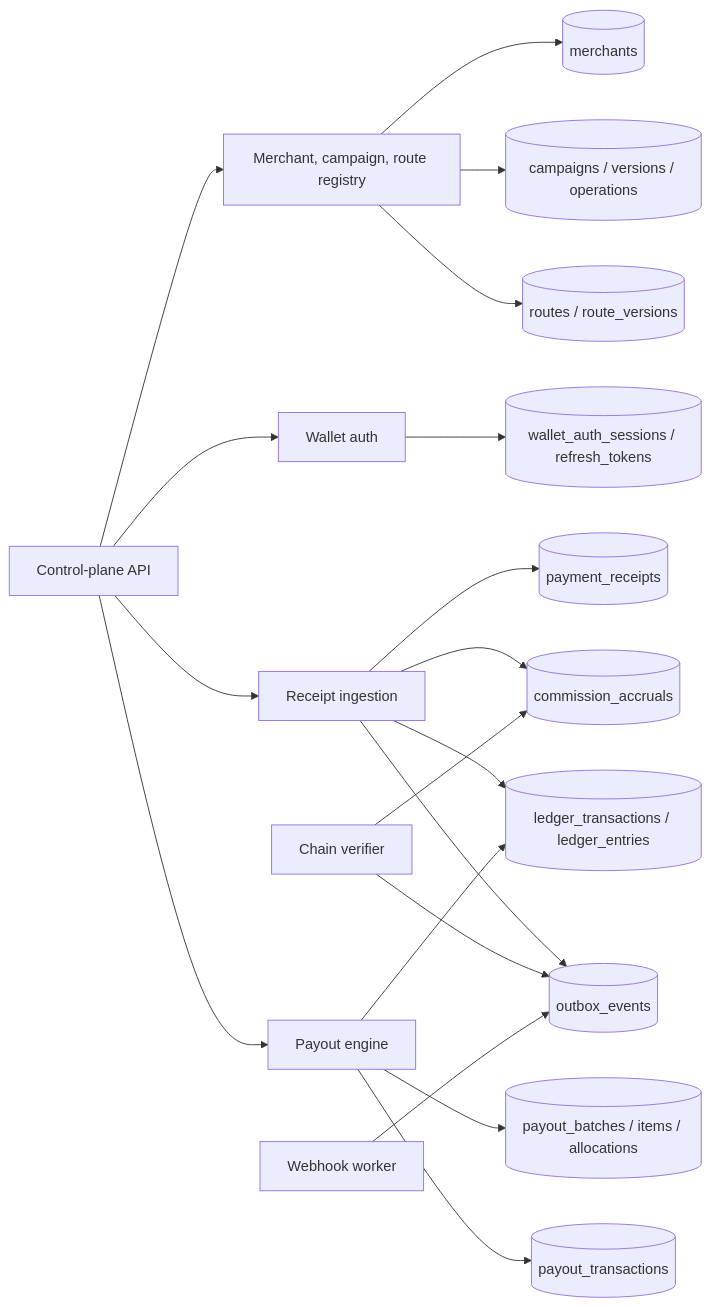
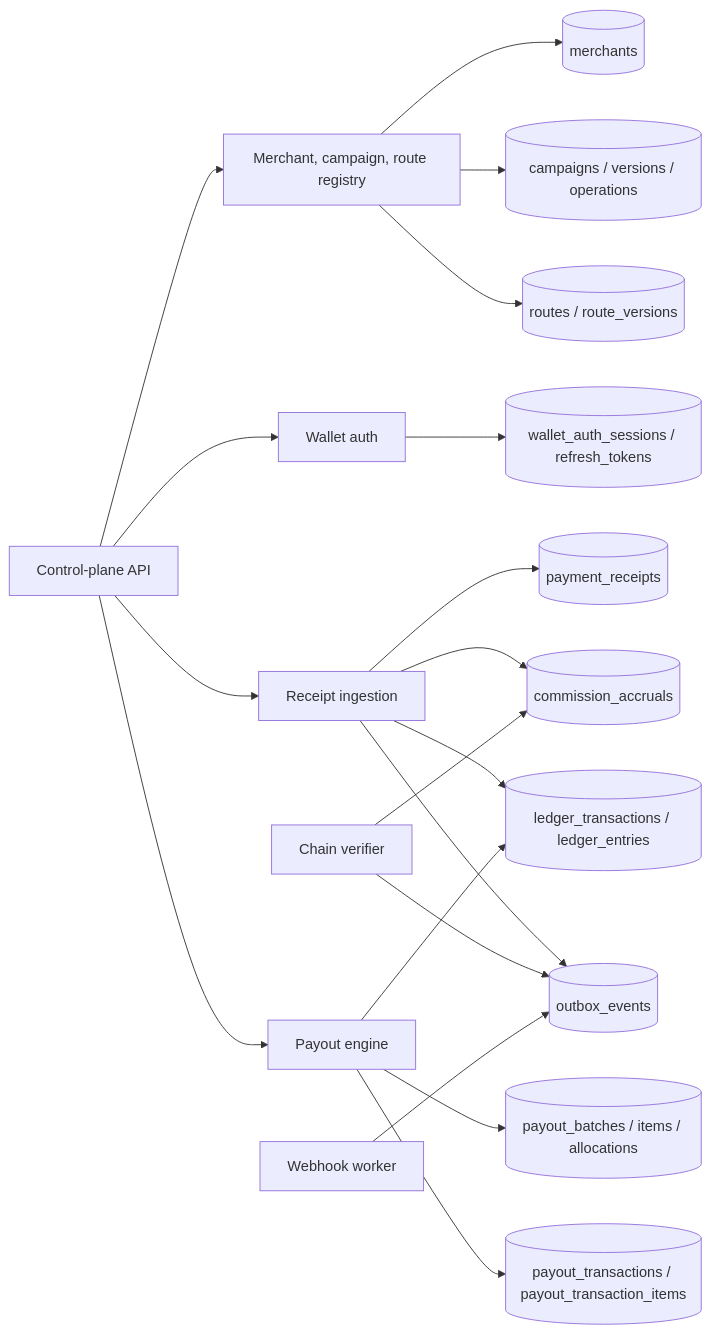
Before and after one commit to split402protocol/splitx402: the sixth of 7 diagrams in README.md, drawn with Mermaid. The commit also changed other lines of this file and 2 other files, not shown here.

````diff
--- a/README.md
+++ b/README.md
@@ -265,40 +268,40 @@
 ```mermaid
 flowchart LR
   API["Control-plane API"]
   Registry["Merchant, campaign, route registry"]
   Auth["Wallet auth"]
   Ingestion["Receipt ingestion"]
   Verification["Chain verifier"]
   Payouts["Payout engine"]
   Webhooks["Webhook worker"]
 
   Merchants[("merchants")]
   Campaigns[("campaigns / versions / operations")]
   Routes[("routes / route_versions")]
   Sessions[("wallet_auth_sessions / refresh_tokens")]
   Receipts[("payment_receipts")]
   Accruals[("commission_accruals")]
   Ledger[("ledger_transactions / ledger_entries")]
   Outbox[("outbox_events")]
   Batches[("payout_batches / items / allocations")]
-  Transactions[("payout_transactions")]
+  Transactions[("payout_transactions / payout_transaction_items")]
 
   API --> Registry
   API --> Auth
   API --> Ingestion
   API --> Payouts
   Registry --> Merchants
   Registry --> Campaigns
   Registry --> Routes
   Auth --> Sessions
   Ingestion --> Receipts
   Ingestion --> Accruals
   Ingestion --> Ledger
   Ingestion --> Outbox
   Verification --> Outbox
   Verification --> Accruals
   Payouts --> Batches
   Payouts --> Transactions
   Payouts --> Ledger
   Webhooks --> Outbox
 ```
````
